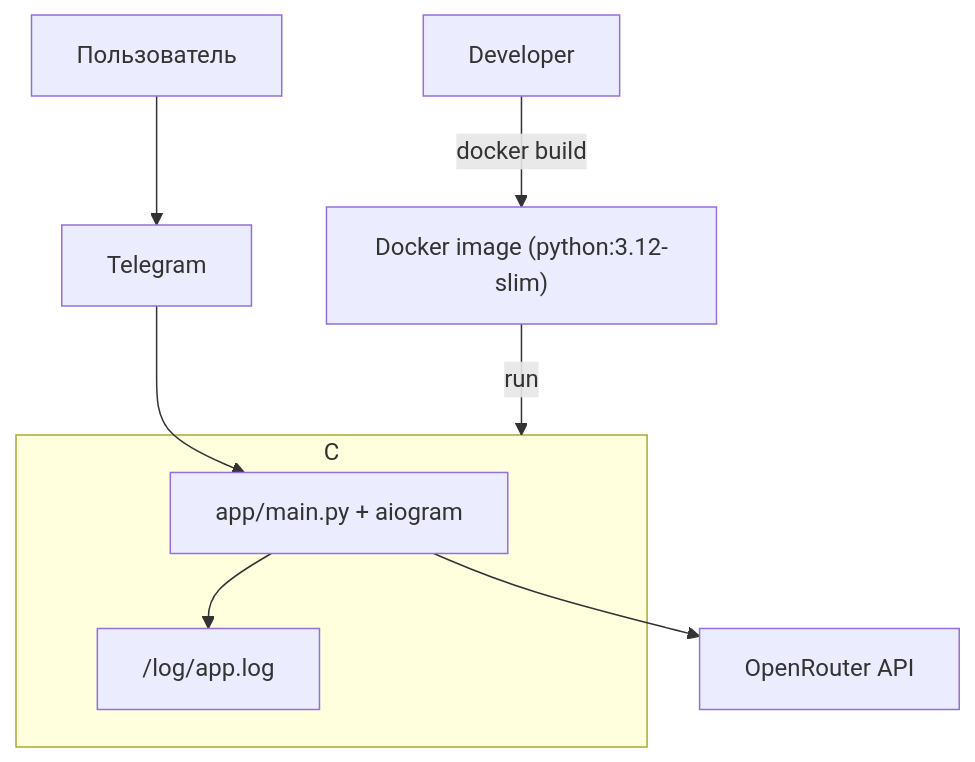
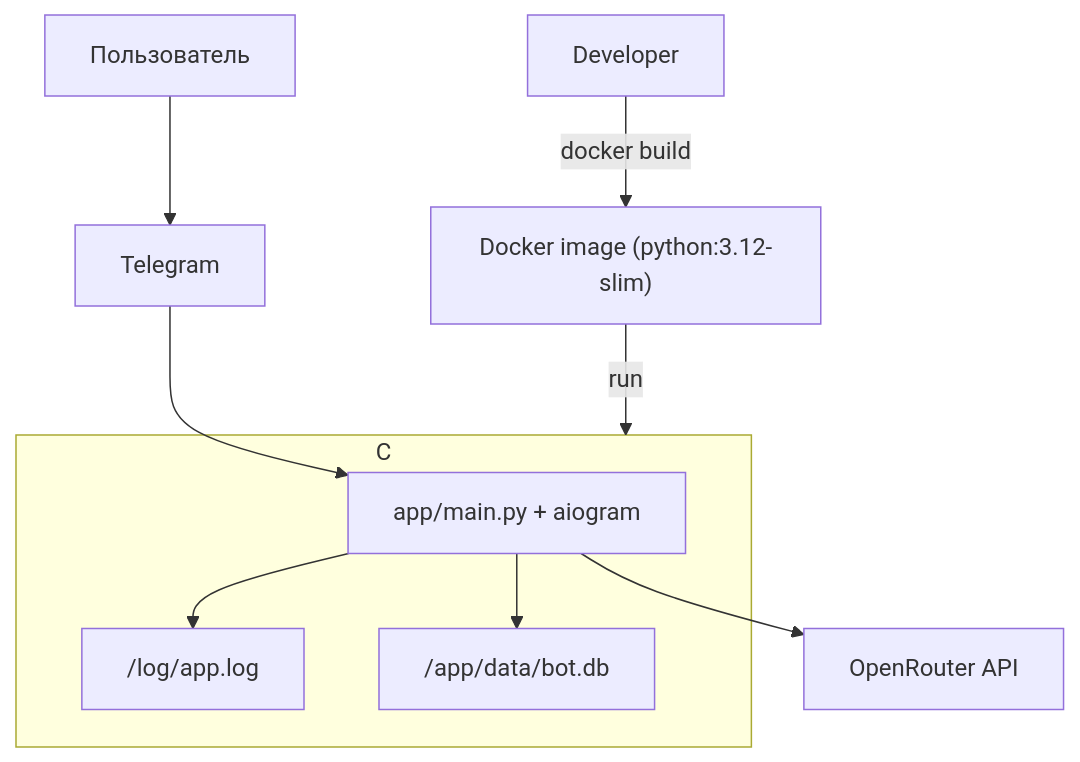
Before and after one commit to mihail-gribov/easy-lessons-bot: the fourth of 4 diagrams in doc/vision.md, drawn with Mermaid. The commit also changed other lines of this file and 1 other file, not shown here.

````diff
--- a/doc/vision.md
+++ b/doc/vision.md
@@ -240,13 +292,15 @@
 ```mermaid
 graph TD
   Dev["Developer"] -->|docker build| Img["Docker image (python:3.12-slim)"]
   Img -->|run| C["Container: easy-lessons-bot"]
   subgraph C
     App["app/main.py + aiogram"]
     Log["/log/app.log"]
+    DB["/app/data/bot.db"]
   end
   User["Пользователь"] --> TG["Telegram"]
   TG --> App
   App --> OR["OpenRouter API"]
   App --> Log
+  App --> DB
 ```
````
